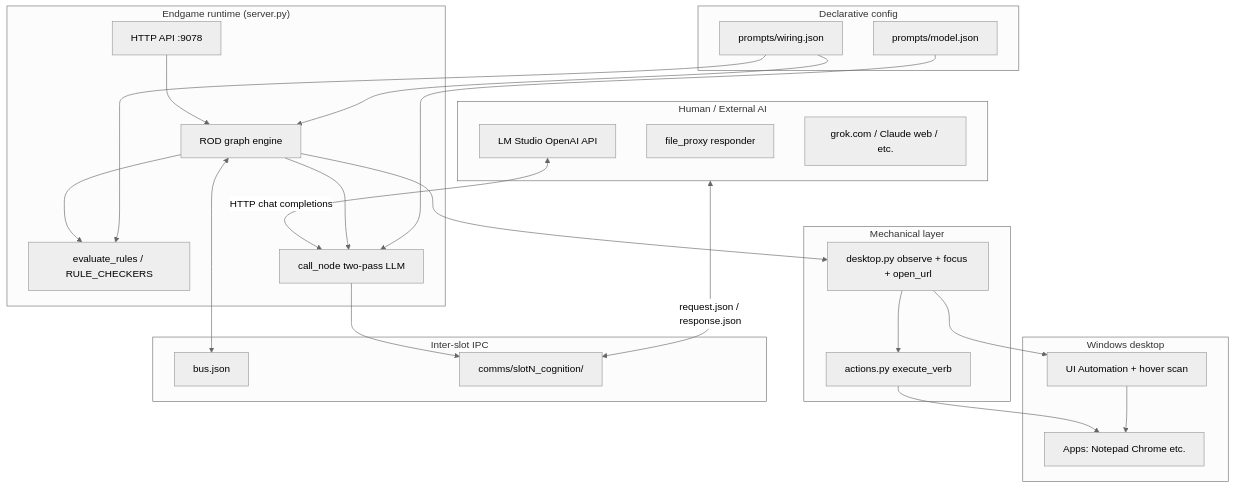
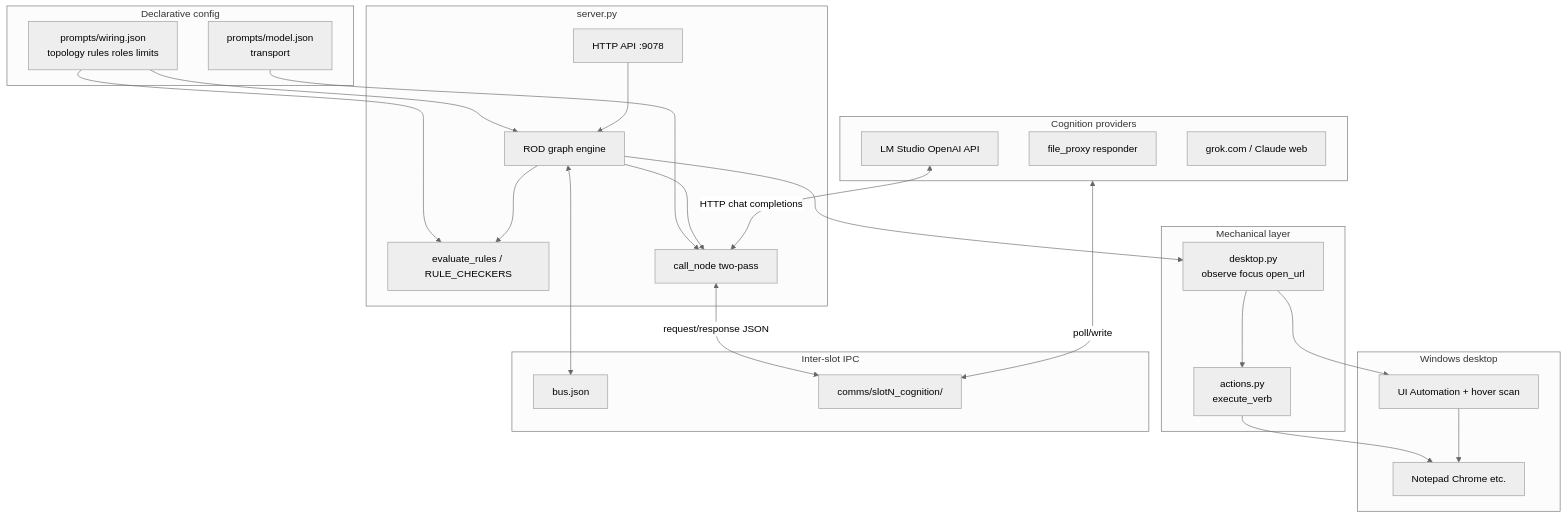
One commit to wgabrys88/endgame-ai changed the third of 11 diagrams in README.md. Above: the diagram before and after it, drawn with Mermaid (neutral theme). The commit also changed other lines of this file, not shown here.

Commit message:
docs: finalize README — operator progress, exhaustive mermaid, handoffs, Deep Research prompt

````diff
--- a/README.md
+++ b/README.md
@@ -167,51 +239,51 @@
 ```mermaid
 flowchart TB
-    subgraph HumanOrAI["Human / External AI"]
+    subgraph HumanOrAI["Cognition providers"]
         FP[file_proxy responder]
         LMS[LM Studio OpenAI API]
-        WEB[grok.com / Claude web / etc.]
+        WEB[grok.com / Claude web]
     end
 
-    subgraph Runtime["Endgame runtime (server.py)"]
+    subgraph Declarative["Declarative config"]
+        WIRING[prompts/wiring.json<br/>topology rules roles limits]
+        MODEL[prompts/model.json<br/>transport]
+    end
+
+    subgraph Runtime["server.py"]
         HTTP[HTTP API :9078]
         ROD[ROD graph engine]
         RULES[evaluate_rules / RULE_CHECKERS]
-        LLM[call_node two-pass LLM]
+        LLM[call_node two-pass]
     end
 
     subgraph Mechanical["Mechanical layer"]
-        DESK[desktop.py observe + focus + open_url]
-        ACT[actions.py execute_verb]
-    end
-
-    subgraph Declarative["Declarative config"]
-        WIRING[prompts/wiring.json]
-        MODEL[prompts/model.json]
+        DESK[desktop.py<br/>observe focus open_url]
+        ACT[actions.py<br/>execute_verb]
     end
 
     subgraph Desktop["Windows desktop"]
         UIA[UI Automation + hover scan]
-        WIN[Apps: Notepad Chrome etc.]
+        APPS[Notepad Chrome etc.]
     end
 
     subgraph IPC["Inter-slot IPC"]
         BUS[bus.json]
         COMMS[comms/slotN_cognition/]
     end
 
-    HumanOrAI <-->|request.json / response.json| COMMS
-    LMS <-->|HTTP chat completions| LLM
+    WIRING --> ROD
+    WIRING --> RULES
+    MODEL --> LLM
     HTTP --> ROD
     ROD --> LLM
-    LLM --> COMMS
     ROD --> RULES
     ROD --> DESK
     DESK --> ACT
-    ACT --> WIN
+    ACT --> APPS
     DESK --> UIA
-    UIA --> WIN
-    WIRING --> ROD
-    WIRING --> RULES
-    MODEL --> LLM
+    UIA --> APPS
+    LLM <-->|request/response JSON| COMMS
+    HumanOrAI <-->|poll/write| COMMS
+    LMS <-->|HTTP chat completions| LLM
     ROD <--> BUS
 ```
````
